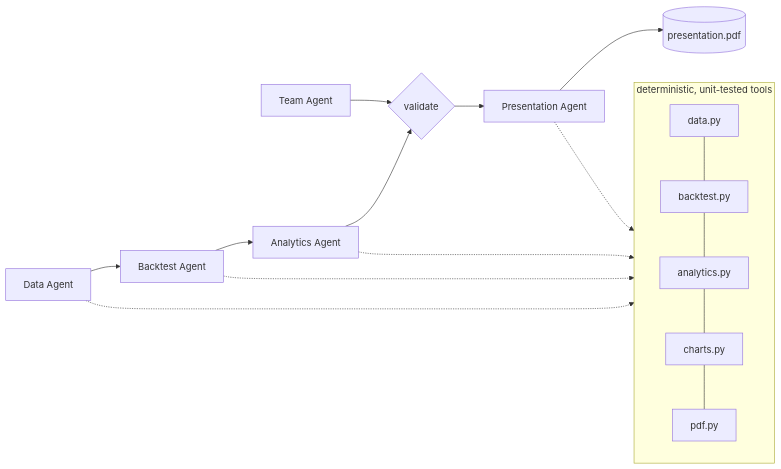
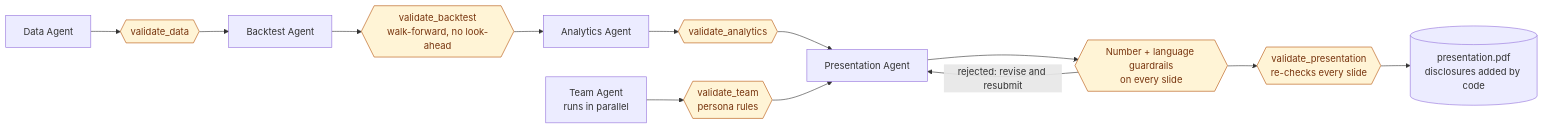
One commit to emitby/Replicating-an-Asset-Management-Firm-with-Agents-and-Task-Decomposition changed the diagram in README.md. Above: the diagram before and after it, drawn with Mermaid. The commit also changed other lines of this file, not shown here.

First line of the commit message:
README: pitch, eval results and quick start up front; guardrails in the diagram

````diff
--- a/README.md
+++ b/README.md
@@ -138,14 +46,15 @@
 ```mermaid
 flowchart LR
-    T[Team Agent] --> J
-    D[Data Agent] --> B[Backtest Agent] --> A[Analytics Agent] --> J{validate}
-    J --> P[Presentation Agent] --> PDF[(presentation.pdf)]
-    subgraph tools [deterministic, unit-tested tools]
-      direction TB
-      data.py --- backtest.py --- analytics.py --- charts.py --- pdf.py
-    end
-    D -.-> tools
-    B -.-> tools
-    A -.-> tools
-    P -.-> tools
+    D[Data Agent] --> VD{{"validate_data"}}
+    VD --> B[Backtest Agent] --> VB{{"validate_backtest<br/>walk-forward, no look-ahead"}}
+    VB --> A[Analytics Agent] --> VA{{"validate_analytics"}}
+    T[Team Agent<br/>runs in parallel] --> VT{{"validate_team<br/>persona rules"}}
+    VA --> P[Presentation Agent]
+    VT --> P
+    P --> NG{{"Number + language guardrails<br/>on every slide"}}
+    NG -- rejected: revise and resubmit --> P
+    NG --> VP{{"validate_presentation<br/>re-checks every slide"}}
+    VP --> PDF[(presentation.pdf<br/>disclosures added by code)]
+    classDef guard fill:#fff4d6,stroke:#b45309,color:#78350f
+    class VD,VB,VA,VT,NG,VP guard
 ```
````
